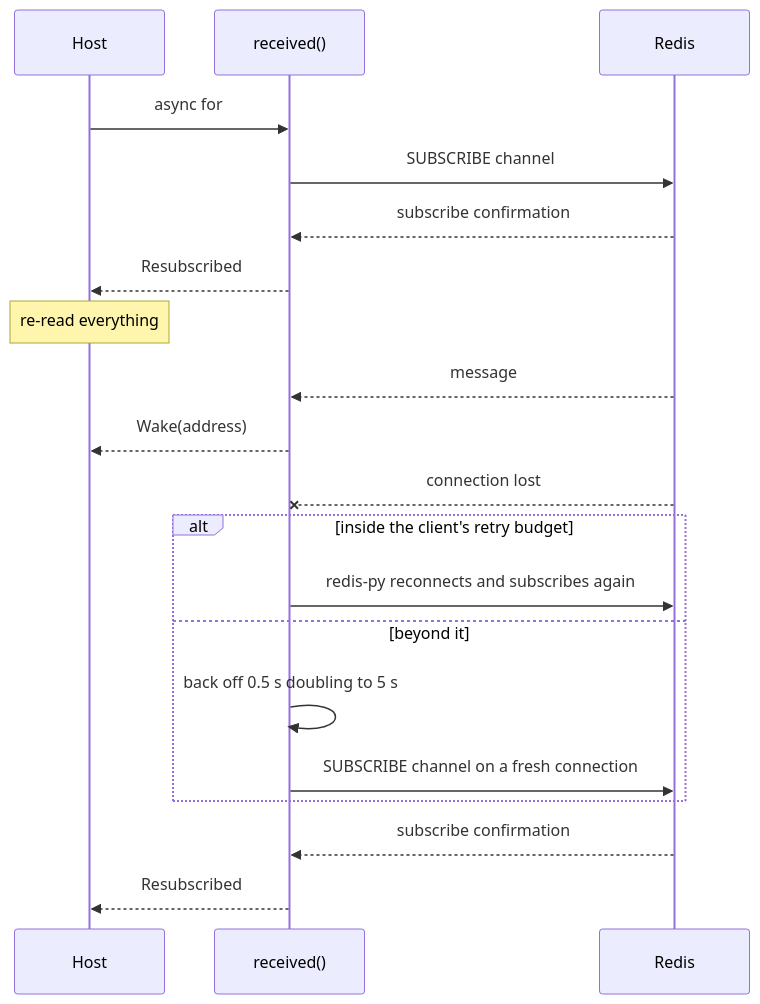
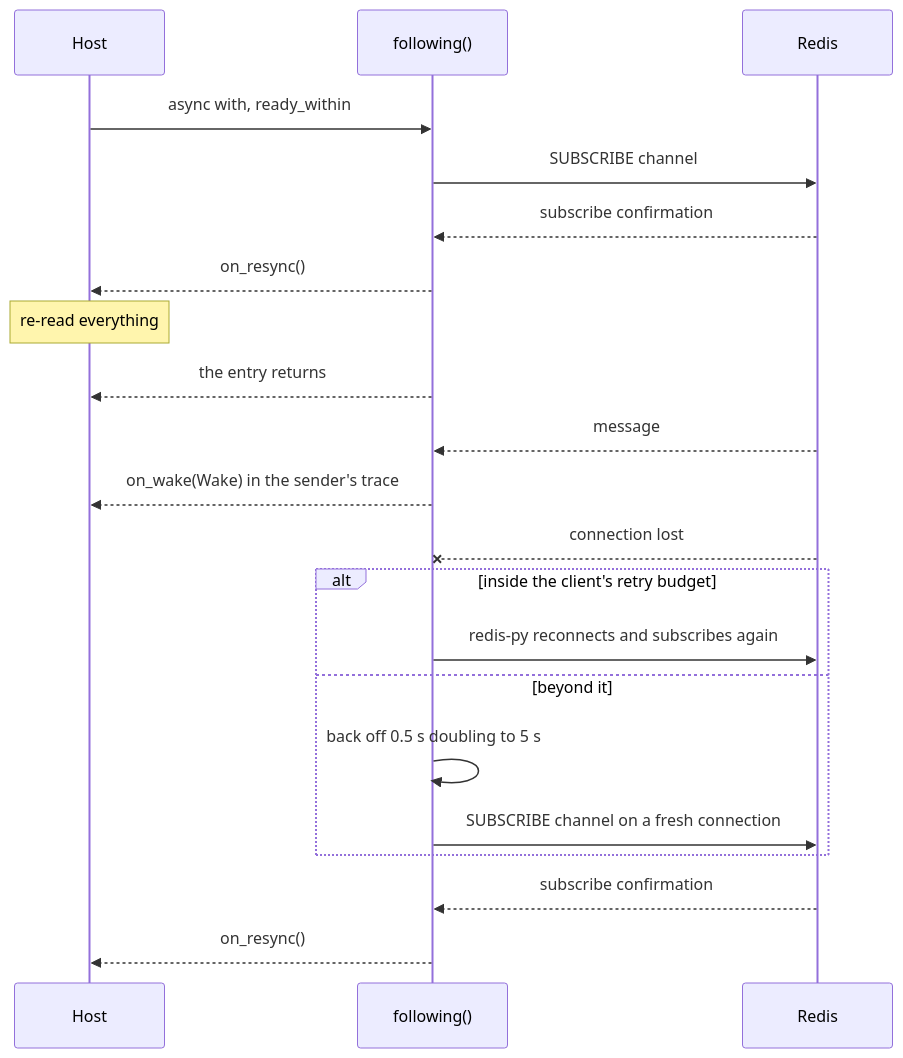
The second of 5 diagrams in docs/ARCHITECTURE.md (overnightworks/tandem), drawn with Mermaid before and after one commit. The commit also changed other lines of this file and 16 other files, not shown here.

First line of the commit message:
tandem 0.9.0: WakeChannel.following owns the host's wake loop (#44)

````diff
--- a/docs/ARCHITECTURE.md
+++ b/docs/ARCHITECTURE.md
@@ -64,22 +65,23 @@
 ```mermaid
 sequenceDiagram
     participant H as Host
-    participant W as received()
+    participant W as following()
     participant R as Redis
-    H->>W: async for
+    H->>W: async with, ready_within
     W->>R: SUBSCRIBE channel
     R-->>W: subscribe confirmation
-    W-->>H: Resubscribed
+    W-->>H: on_resync()
     Note over H: re-read everything
+    W-->>H: the entry returns
     R-->>W: message
-    W-->>H: Wake(address)
+    W-->>H: on_wake(Wake) in the sender's trace
     R--xW: connection lost
     alt inside the client's retry budget
         W->>R: redis-py reconnects and subscribes again
     else beyond it
         W->>W: back off 0.5 s doubling to 5 s
         W->>R: SUBSCRIBE channel on a fresh connection
     end
     R-->>W: subscribe confirmation
-    W-->>H: Resubscribed
+    W-->>H: on_resync()
 ```
````
